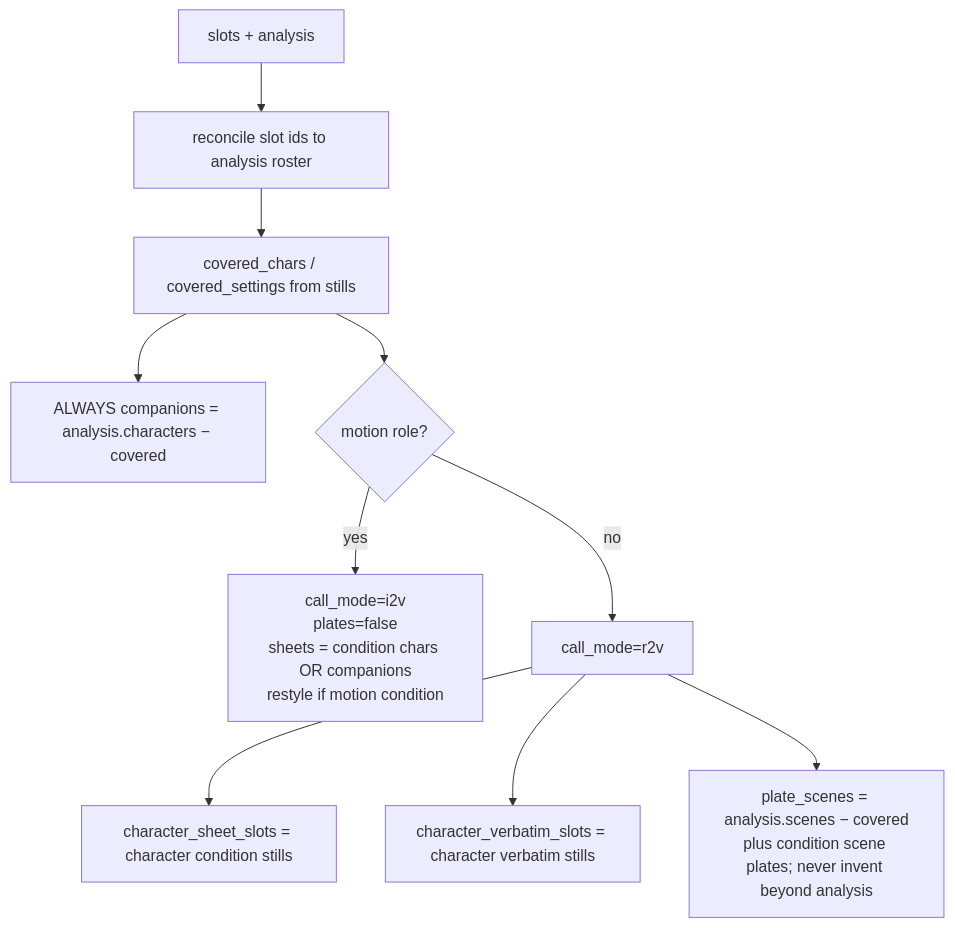
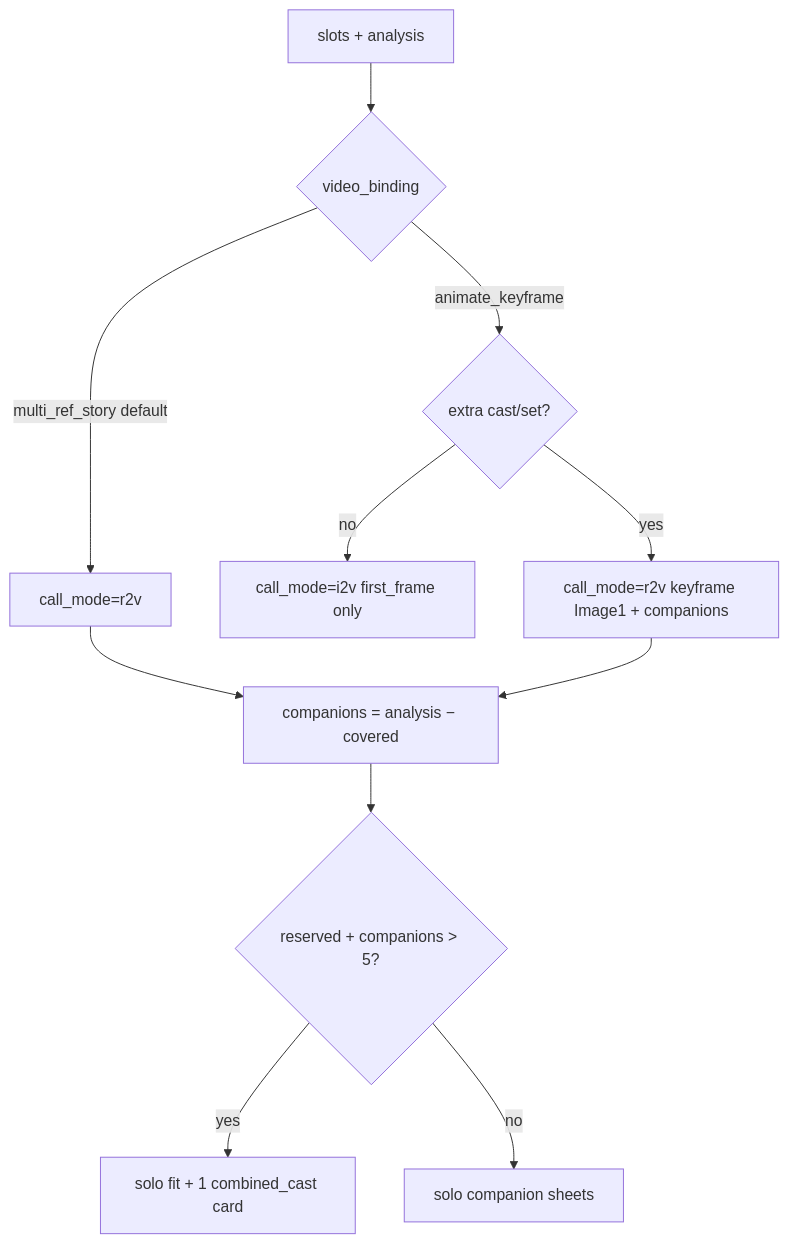
One commit to openJiuwen-ai/agent-gateway changed the second of 2 diagrams in docs/reference-mode/reference-mode-full-pipeline.md. Above: the diagram before and after it, drawn with Mermaid. The commit also changed other lines of this file and 5 other files, not shown here.

First line of the commit message:
fix(designer): video_binding drives R2V; pack all refs under Wan cap

````diff
--- a/docs/reference-mode/reference-mode-full-pipeline.md
+++ b/docs/reference-mode/reference-mode-full-pipeline.md
@@ -109,12 +85,13 @@
 ```mermaid
 flowchart TD
-  S[slots + analysis] --> R[reconcile slot ids to analysis roster]
-  R --> COV[covered_chars / covered_settings from stills]
-  COV --> COMP[ALWAYS companions = analysis.characters − covered]
-  COV --> MOT{motion role?}
-  MOT -->|yes| I2V[call_mode=i2v<br/>plates=false<br/>sheets = condition chars OR companions<br/>restyle if motion condition]
-  MOT -->|no| R2V[call_mode=r2v]
-  R2V --> SHEET[character_sheet_slots = character condition stills]
-  R2V --> VERB[character_verbatim_slots = character verbatim stills]
-  R2V --> PL[plate_scenes = analysis.scenes − covered<br/>plus condition scene plates; never invent beyond analysis]
+  S[slots + analysis] --> VB{video_binding}
+  VB -->|multi_ref_story default| R2V[call_mode=r2v]
+  VB -->|animate_keyframe| AK{extra cast/set?}
+  AK -->|no| I2V[call_mode=i2v first_frame only]
+  AK -->|yes| R2VK[call_mode=r2v keyframe Image1 + companions]
+  R2V --> COV[companions = analysis − covered]
+  R2VK --> COV
+  COV --> CAP{reserved + companions > 5?}
+  CAP -->|yes| COMB[solo fit + 1 combined_cast card]
+  CAP -->|no| SOLO[solo companion sheets]
 ```
````
